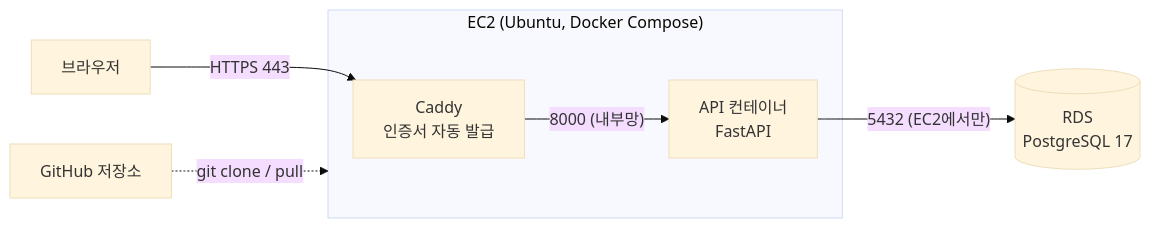
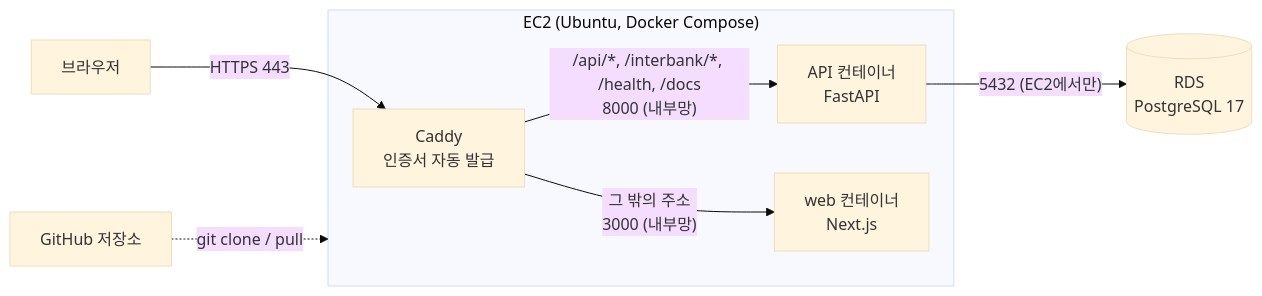
The diagram in docs/DEPLOY.md (s100422/avengers-bank), drawn with Mermaid (base theme) before and after one commit. The commit also changed other lines of this file and 4 other files, not shown here.

Commit message:
Record the frontend deployment (web container, Caddy routing) in the docs (C-110)

````diff
--- a/docs/DEPLOY.md
+++ b/docs/DEPLOY.md
@@ -10,9 +10,10 @@
 ```mermaid
 flowchart LR
     U[브라우저] -- "HTTPS 443" --> C
     subgraph EC2 ["EC2 (Ubuntu, Docker Compose)"]
-        C[Caddy<br/>인증서 자동 발급] -- "8000 (내부망)" --> A[API 컨테이너<br/>FastAPI]
+        C[Caddy<br/>인증서 자동 발급] -- "/api/*, /interbank/*, /health, /docs<br/>8000 (내부망)" --> A[API 컨테이너<br/>FastAPI]
+        C -- "그 밖의 주소<br/>3000 (내부망)" --> W[web 컨테이너<br/>Next.js]
     end
     A -- "5432 (EC2에서만)" --> R[(RDS<br/>PostgreSQL 17)]
     G[GitHub 저장소] -. "git clone / pull" .-> EC2
 ```
````
